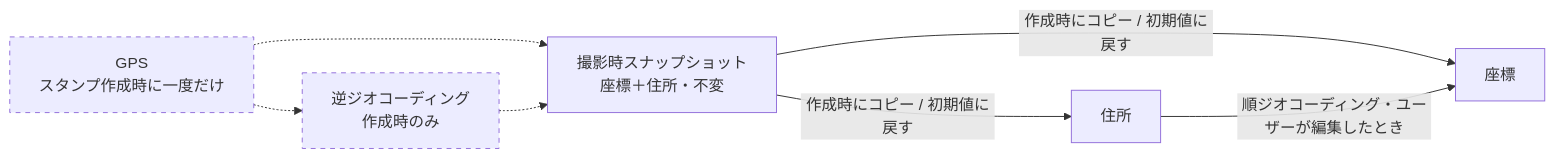
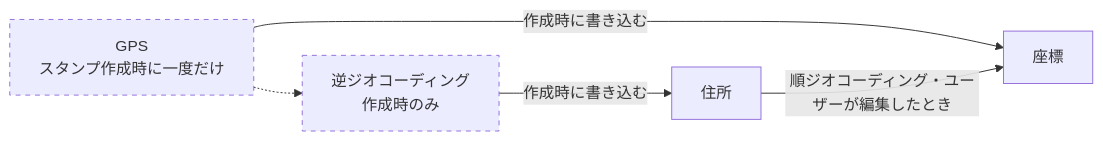
The third of 3 diagrams in docs/data-model.md (monarizzz/tabipon), drawn with Mermaid before and after one commit. The commit also changed other lines of this file, not shown here.

````diff
--- a/docs/data-model.md
+++ b/docs/data-model.md
@@ -204,18 +199,15 @@
 ```mermaid
 flowchart LR
     gps["GPS<br/>スタンプ作成時に一度だけ"]
     geo["逆ジオコーディング<br/>作成時のみ"]
-    snap["撮影時スナップショット<br/>座標＋住所・不変"]
     coord["座標"]
     addr["住所"]
 
-    gps -.-> snap
+    gps -->|作成時に書き込む| coord
     gps -.-> geo
-    geo -.-> snap
-    snap -->|作成時にコピー / 初期値に戻す| coord
-    snap -->|作成時にコピー / 初期値に戻す| addr
+    geo -->|作成時に書き込む| addr
     addr -->|順ジオコーディング・ユーザーが編集したとき| coord
 
     style gps stroke-dasharray: 5 5
     style geo stroke-dasharray: 5 5
 ```
````
